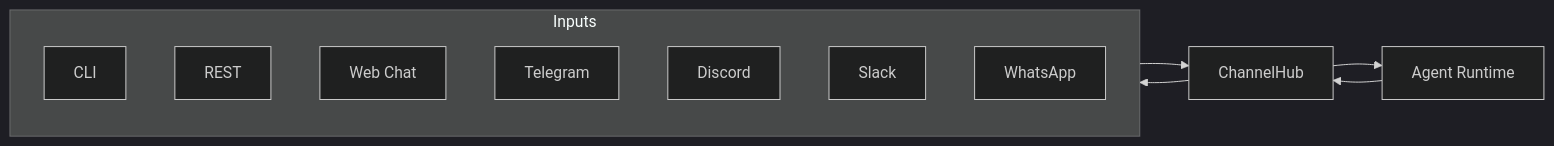
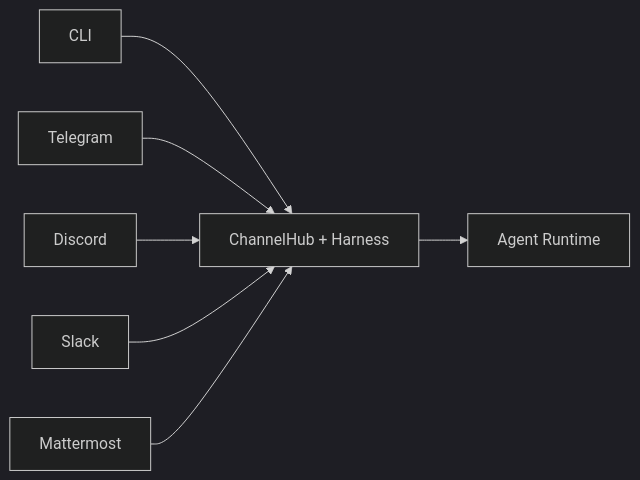
One commit to viantonugroho11/Anvio changed the third of 3 diagrams in README.md. Above: the diagram before and after it, drawn with Mermaid (dark theme). The commit also changed other lines of this file, not shown here.

````diff
--- a/README.md
+++ b/README.md
@@ -621,17 +617,9 @@
 ```mermaid
 flowchart LR
-    subgraph In["Inputs"]
-        CLI["CLI"]
-        REST["REST"]
-        WEB["Web Chat"]
-        TG["Telegram"]
-        DC["Discord"]
-        SL["Slack"]
-        WA["WhatsApp"]
-    end
-
-    HUB["ChannelHub"] --> RT["Agent Runtime"]
-    RT --> HUB
-    In --> HUB
-    HUB --> In
+    CLI["CLI"] --> HUB["ChannelHub + Harness"]
+    TG["Telegram"] --> HUB
+    DC["Discord"] --> HUB
+    SL["Slack"] --> HUB
+    MM["Mattermost"] --> HUB
+    HUB --> RT["Agent Runtime"]
 ```
````
